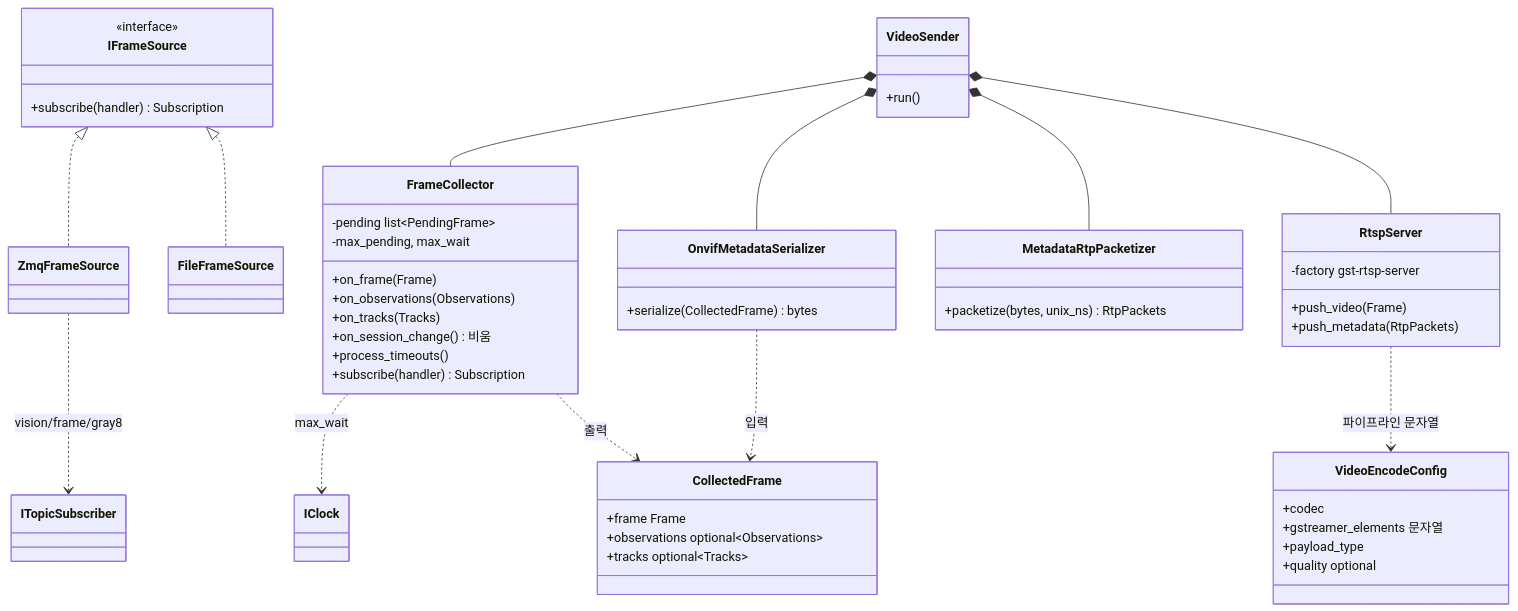
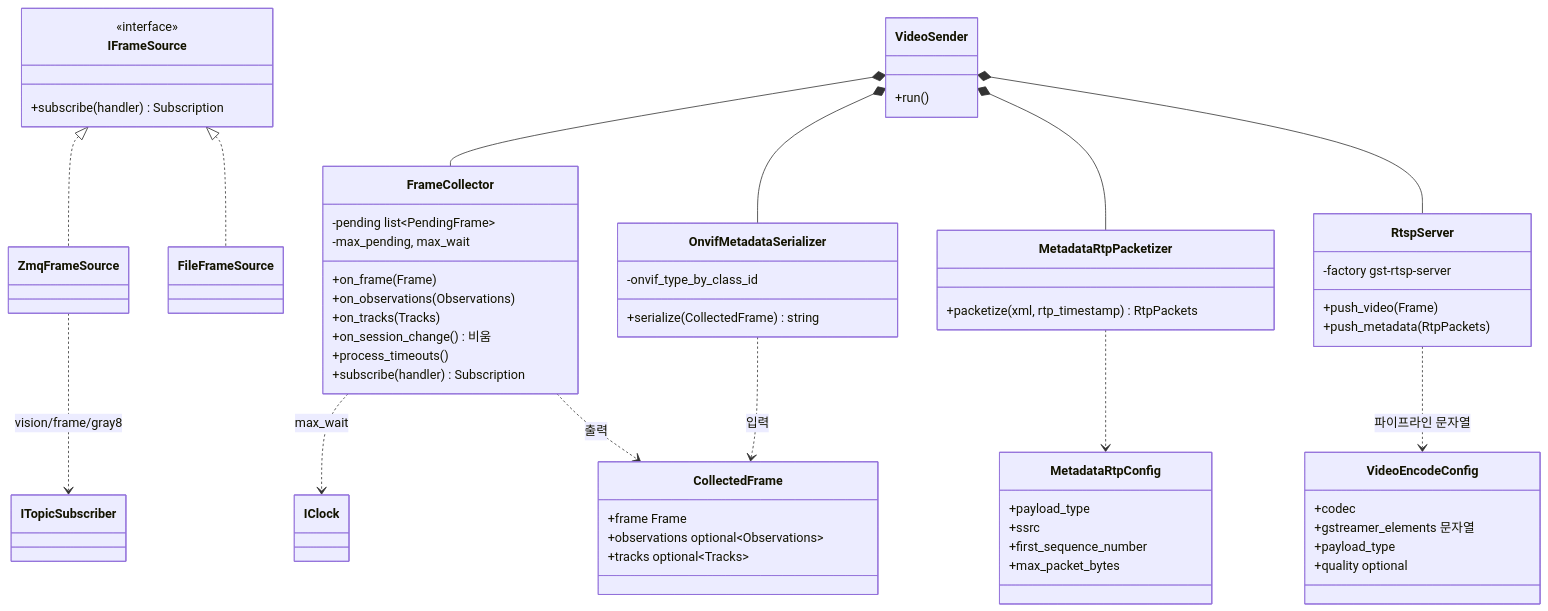
Before and after one commit to lig-argus/argus-edge-vision: the first of 2 diagrams in docs/design/uml/class_video.md, drawn with Mermaid. The commit also changed other lines of this file and 7 other files, not shown here.

First line of the commit message:
feat(onboard): 영상 송신부에 메타데이터 트랙 생성 추가 (ONVIF XML 직렬화, RTP 패킷 분할) (#81)

````diff
--- a/docs/design/uml/class_video.md
+++ b/docs/design/uml/class_video.md
@@ -12,56 +12,64 @@
 ```mermaid
 classDiagram
     class IFrameSource {
         <<interface>>
         +subscribe(handler) Subscription
     }
     class ZmqFrameSource
     class FileFrameSource
     class FrameCollector {
         -pending list~PendingFrame~
         -max_pending, max_wait
         +on_frame(Frame)
         +on_observations(Observations)
         +on_tracks(Tracks)
         +on_session_change() 비움
         +process_timeouts()
         +subscribe(handler) Subscription
     }
     class CollectedFrame {
         +frame Frame
         +observations optional~Observations~
         +tracks optional~Tracks~
     }
     class OnvifMetadataSerializer {
-        +serialize(CollectedFrame) bytes
+        -onvif_type_by_class_id
+        +serialize(CollectedFrame) string
     }
     class MetadataRtpPacketizer {
-        +packetize(bytes, unix_ns) RtpPackets
+        +packetize(xml, rtp_timestamp) RtpPackets
+    }
+    class MetadataRtpConfig {
+        +payload_type
+        +ssrc
+        +first_sequence_number
+        +max_packet_bytes
     }
     class VideoEncodeConfig {
         +codec
         +gstreamer_elements 문자열
         +payload_type
         +quality optional
     }
     class RtspServer {
         -factory gst-rtsp-server
         +push_video(Frame)
         +push_metadata(RtpPackets)
     }
     class VideoSender {
         +run()
     }
 
     IFrameSource <|.. ZmqFrameSource
     IFrameSource <|.. FileFrameSource
     ZmqFrameSource ..> ITopicSubscriber : vision/frame/gray8
     FrameCollector ..> IClock : max_wait
     FrameCollector ..> CollectedFrame : 출력
     OnvifMetadataSerializer ..> CollectedFrame : 입력
+    MetadataRtpPacketizer ..> MetadataRtpConfig
     VideoSender *-- FrameCollector
     VideoSender *-- OnvifMetadataSerializer
     VideoSender *-- MetadataRtpPacketizer
     VideoSender *-- RtspServer
     RtspServer ..> VideoEncodeConfig : 파이프라인 문자열
 ```
````
